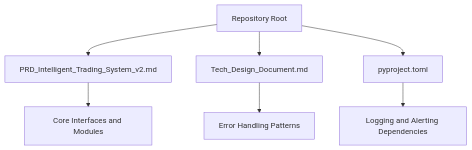
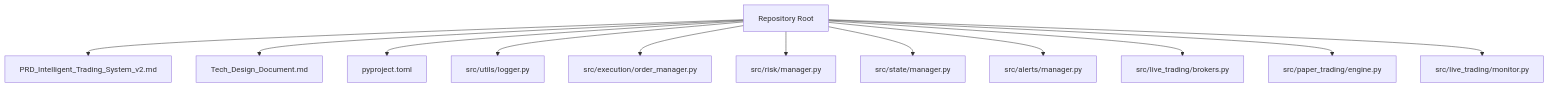
One commit to guofeng201507/shark-quant-trader changed the first of 4 diagrams in .qoder/repowiki/en/content/API Reference/Error Handling and Exception Management.md. Above: the diagram before and after it, drawn with Mermaid. The commit also changed other lines of this file and 14 other files, not shown here.

````diff
--- a/.qoder/repowiki/en/content/API Reference/Error Handling and Exception Management.md
+++ b/.qoder/repowiki/en/content/API Reference/Error Handling and Exception Management.md
@@ -27,9 +50,14 @@
 ```mermaid
 graph TB
 A["Repository Root"] --> B["PRD_Intelligent_Trading_System_v2.md"]
 A --> C["Tech_Design_Document.md"]
 A --> D["pyproject.toml"]
-B --> E["Core Interfaces and Modules"]
-C --> F["Error Handling Patterns"]
-D --> G["Logging and Alerting Dependencies"]
+A --> E["src/utils/logger.py"]
+A --> F["src/execution/order_manager.py"]
+A --> G["src/risk/manager.py"]
+A --> H["src/state/manager.py"]
+A --> I["src/alerts/manager.py"]
+A --> J["src/live_trading/brokers.py"]
+A --> K["src/paper_trading/engine.py"]
+A --> L["src/live_trading/monitor.py"]
 ```
````
